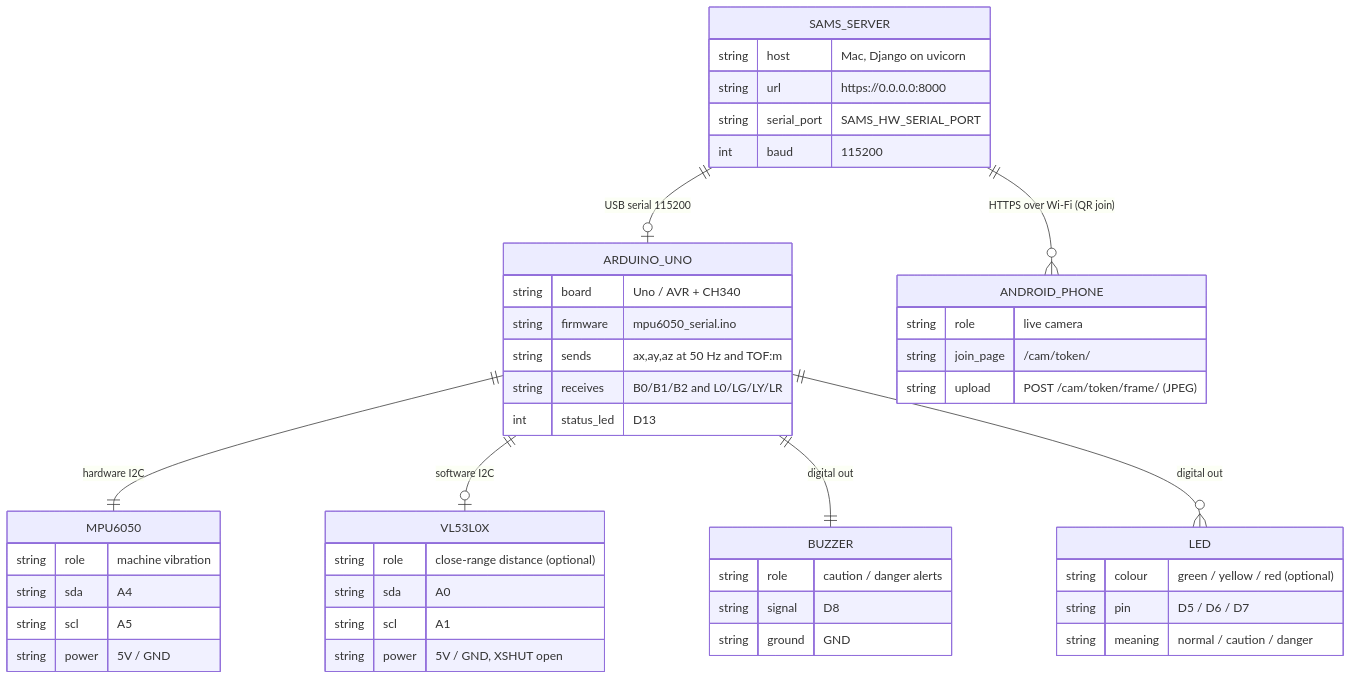
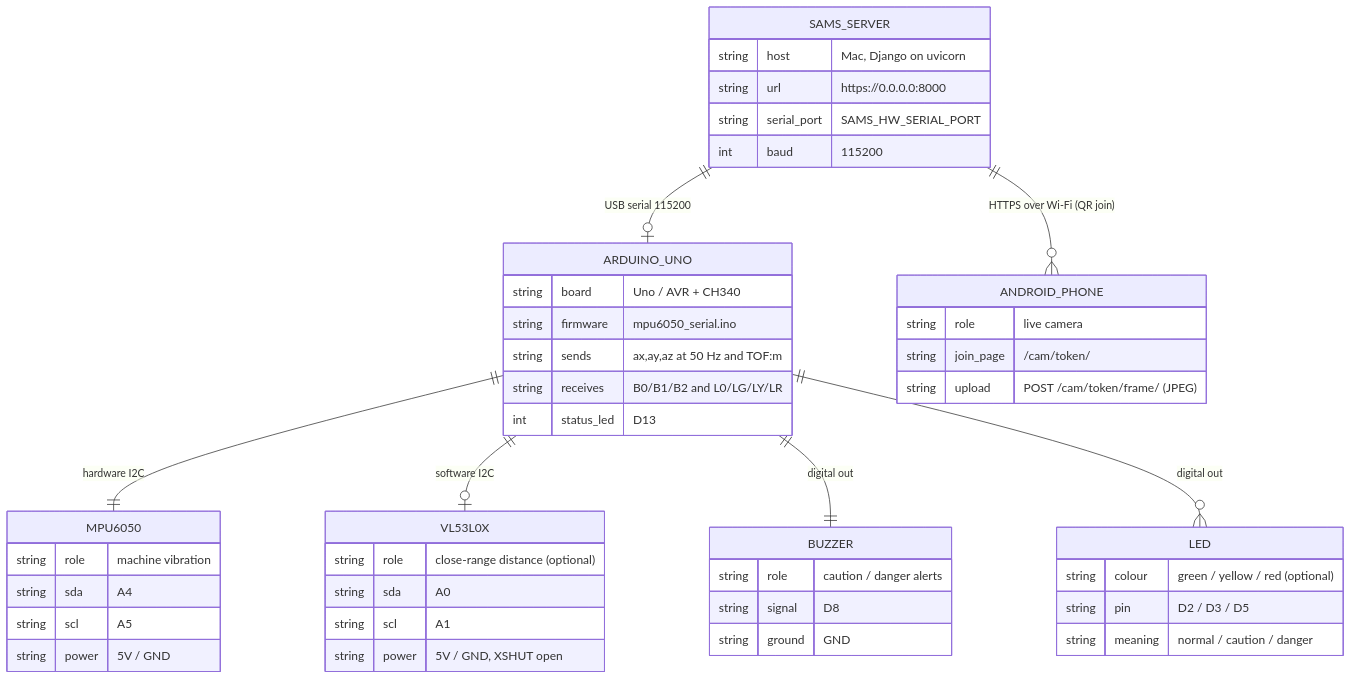
One commit to Bonaparte003/Smart-Accident-System-Monitoring-SAMS- changed the second of 5 diagrams in README.md. Above: the diagram before and after it, drawn with Mermaid. The commit also changed other lines of this file and 15 other files, not shown here.

````diff
--- a/README.md
+++ b/README.md
@@ -283,50 +283,50 @@
 ```mermaid
 erDiagram
     SAMS_SERVER ||--o| ARDUINO_UNO : "USB serial 115200"
     SAMS_SERVER ||--o{ ANDROID_PHONE : "HTTPS over Wi-Fi (QR join)"
     ARDUINO_UNO ||--|| MPU6050 : "hardware I2C"
     ARDUINO_UNO ||--o| VL53L0X : "software I2C"
     ARDUINO_UNO ||--|| BUZZER : "digital out"
     ARDUINO_UNO ||--o{ LED : "digital out"
 
     SAMS_SERVER {
         string host "Mac, Django on uvicorn"
         string url "https://0.0.0.0:8000"
         string serial_port "SAMS_HW_SERIAL_PORT"
         int baud "115200"
     }
     ARDUINO_UNO {
         string board "Uno / AVR + CH340"
         string firmware "mpu6050_serial.ino"
         string sends "ax,ay,az at 50 Hz and TOF:m"
         string receives "B0/B1/B2 and L0/LG/LY/LR"
         int status_led "D13"
     }
     MPU6050 {
         string role "machine vibration"
         string sda "A4"
         string scl "A5"
         string power "5V / GND"
     }
     VL53L0X {
         string role "close-range distance (optional)"
         string sda "A0"
         string scl "A1"
         string power "5V / GND, XSHUT open"
     }
     BUZZER {
         string role "caution / danger alerts"
         string signal "D8"
         string ground "GND"
     }
     LED {
         string colour "green / yellow / red (optional)"
-        string pin "D5 / D6 / D7"
+        string pin "D2 / D3 / D5"
         string meaning "normal / caution / danger"
     }
     ANDROID_PHONE {
         string role "live camera"
         string join_page "/cam/token/"
         string upload "POST /cam/token/frame/ (JPEG)"
     }
 ```
````
